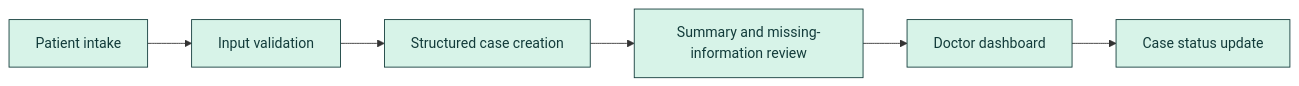
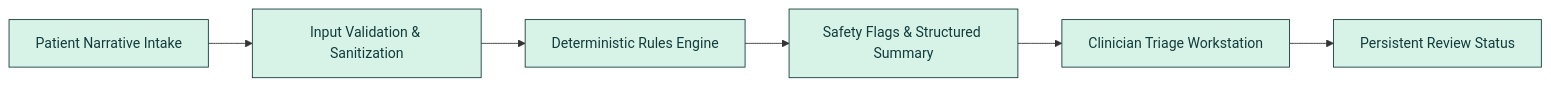
One commit to Nishith45o7/CLARIO--health-intelligence- changed the first of 2 diagrams in README.md. Above: the diagram before and after it, drawn with Mermaid. The commit also changed other lines of this file and 57 other files, not shown here.

````diff
--- a/README.md
+++ b/README.md
@@ -71,10 +44,10 @@
 ```mermaid
 flowchart LR
-    A[Patient intake] --> B[Input validation]
-    B --> C[Structured case creation]
-    C --> D[Summary and missing-information review]
-    D --> E[Doctor dashboard]
-    E --> F[Case status update]
+    A[Patient Narrative Intake] --> B[Input Validation & Sanitization]
+    B --> C[Deterministic Rules Engine]
+    C --> D[Safety Flags & Structured Summary]
+    D --> E[Clinician Triage Workstation]
+    E --> F[Persistent Review Status]
     classDef n fill:#D7F3E8,stroke:#123B3A,color:#123B3A;
     class A,B,C,D,E,F n;
 ```
````
